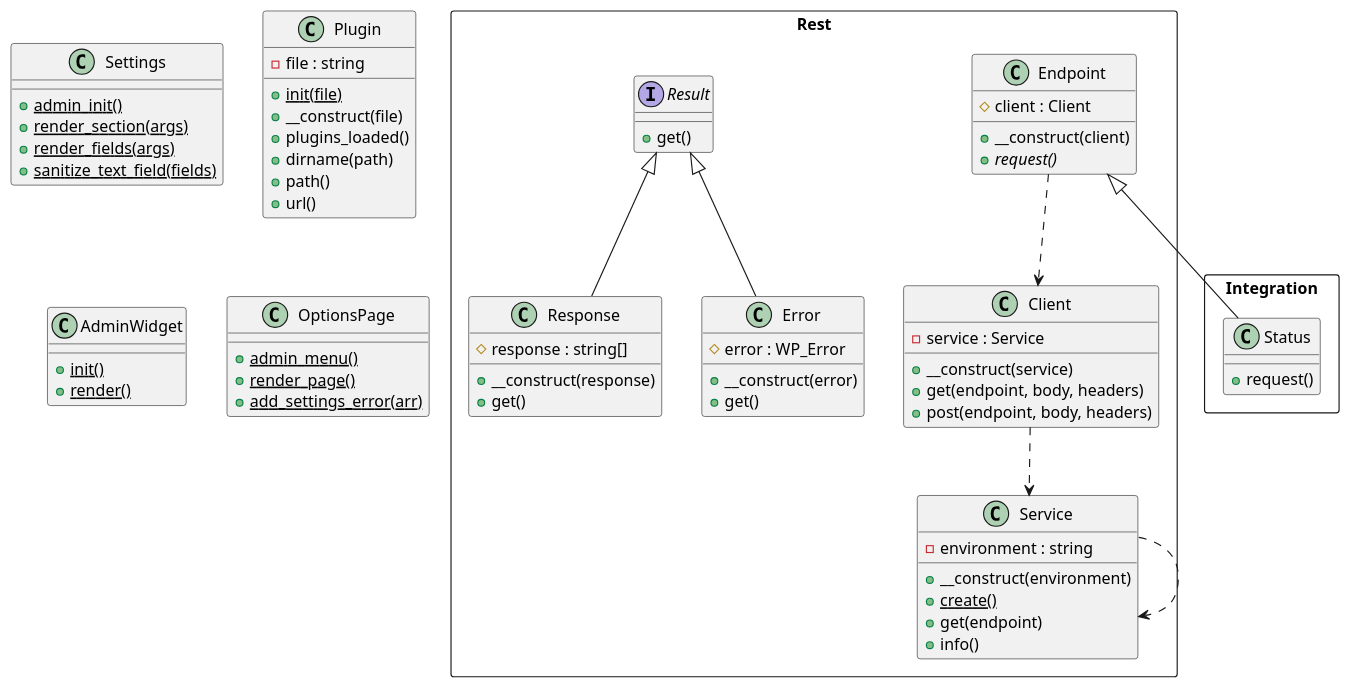
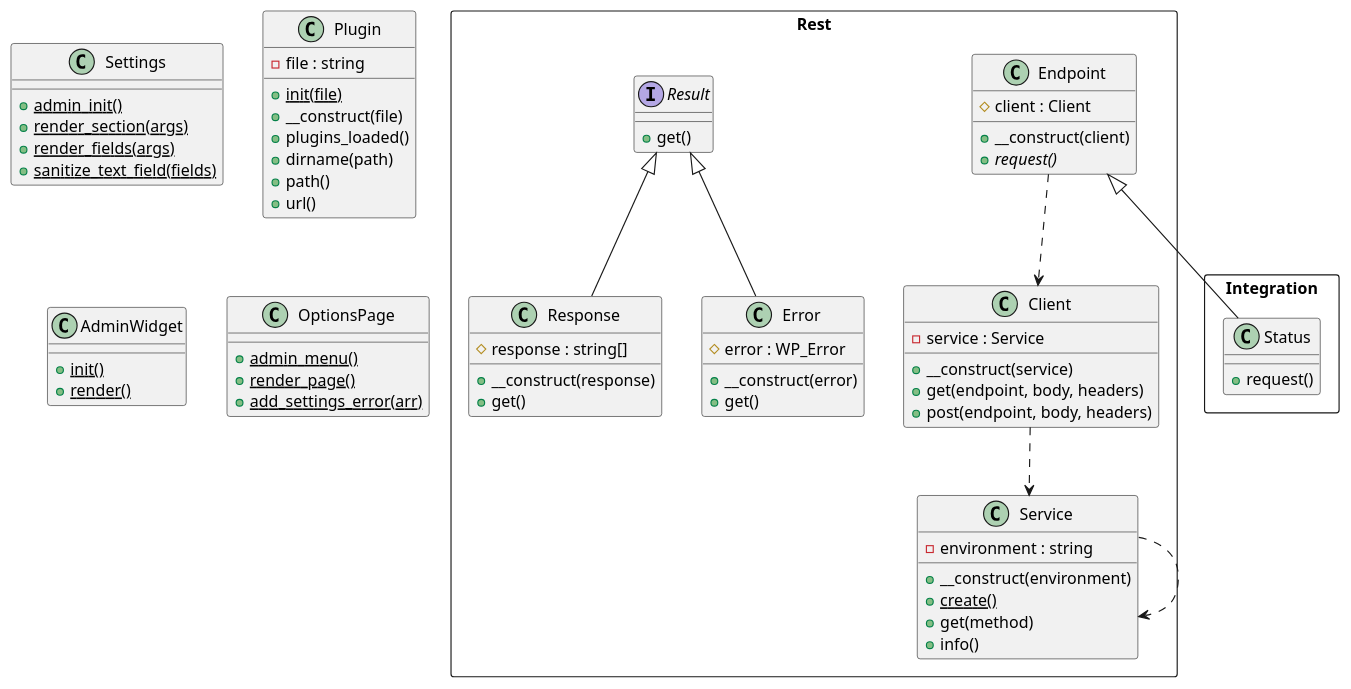
The diagram in plantuml_gist.puml (lloc/wp-nowpayments-integration), drawn with PlantUML before and after one commit. The commit also changed 1 other file, not shown here.

Commit message:
UML diagram refreshed

```diff
--- a/plantuml_gist.puml
+++ b/plantuml_gist.puml
@@ -1,70 +1,70 @@
 @startuml class-diagram
   class Settings {
     {static} +admin_init()
     {static} +render_section(args)
     {static} +render_fields(args)
     {static} +sanitize_text_field(fields)
   }
   class Plugin {
     -file : string
     {static} +init(file)
     +__construct(file)
     +plugins_loaded()
     +dirname(path)
     +path()
     +url()
   }
   class AdminWidget {
     {static} +init()
     {static} +render()
   }
   class OptionsPage {
     {static} +admin_menu()
     {static} +render_page()
     {static} +add_settings_error(arr)
   }
   package Integration as Integration <<Rectangle>> {
     class Integration.Status {
       +request()
     }
   }
   package Rest as Rest <<Rectangle>> {
     interface Rest.Result {
       +get()
     }
     class Rest.Error {
       #error : WP_Error
       +__construct(error)
       +get()
     }
     class Rest.Service {
       -environment : string
       +__construct(environment)
       {static} +create()
-      +get(endpoint)
+      +get(method)
       +info()
     }
     class Rest.Client {
       -service : Service
       +__construct(service)
       +get(endpoint, body, headers)
       +post(endpoint, body, headers)
     }
     class Rest.Response {
       #response : string[]
       +__construct(response)
       +get()
     }
     class Rest.Endpoint {
       #client : Client
       +__construct(client)
       {abstract} +request()
     }
   }
   Rest.Client ..> Rest.Service
   Rest.Endpoint ..> Rest.Client
   Rest.Endpoint <|-- Integration.Status
   Rest.Result <|-- Rest.Error
   Rest.Result <|-- Rest.Response
   Rest.Service ..> Rest.Service
 @enduml
```
